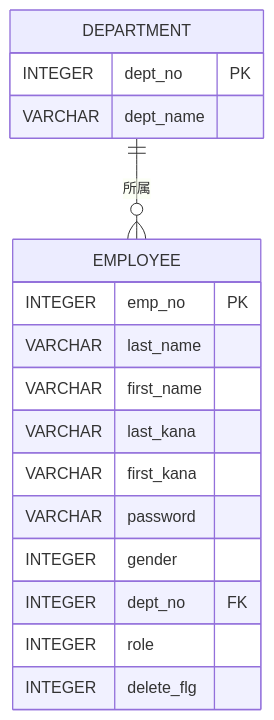
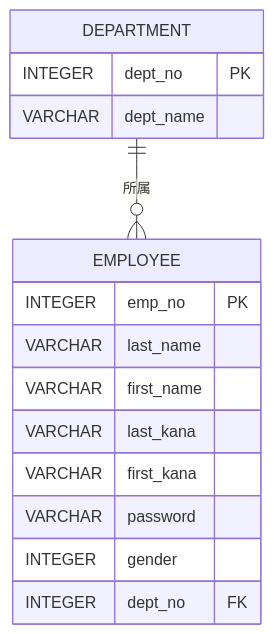
Before and after one commit to juyeongjung1/NewEIMS: the eighth of 25 diagrams in EIMS_Comprehensive_Exercise_Guide.md, drawn with Mermaid. The commit also changed other lines of this file, not shown here.

Commit message:
設計書からroleおよびdelete_flgの記述を削除（SQL側は維持）

````diff
--- a/EIMS_Comprehensive_Exercise_Guide.md
+++ b/EIMS_Comprehensive_Exercise_Guide.md
@@ -774,20 +774,18 @@
 ```mermaid
 erDiagram
     DEPARTMENT ||--o{ EMPLOYEE : "所属"
     DEPARTMENT {
         INTEGER dept_no PK
         VARCHAR dept_name
     }
     EMPLOYEE {
         INTEGER emp_no PK
         VARCHAR last_name
         VARCHAR first_name
         VARCHAR last_kana
         VARCHAR first_kana
         VARCHAR password
         INTEGER gender
         INTEGER dept_no FK
-        INTEGER role
-        INTEGER delete_flg
     }
 ```
````
